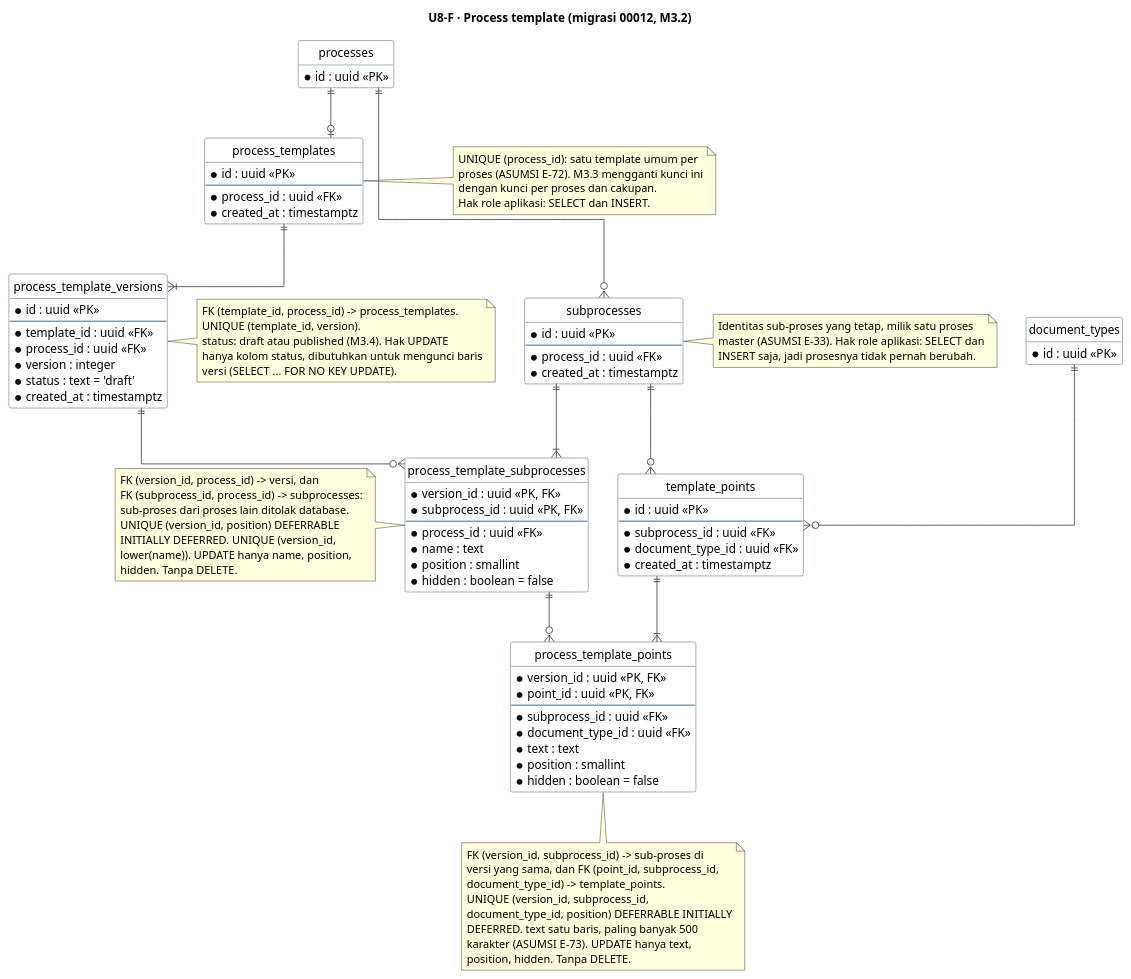
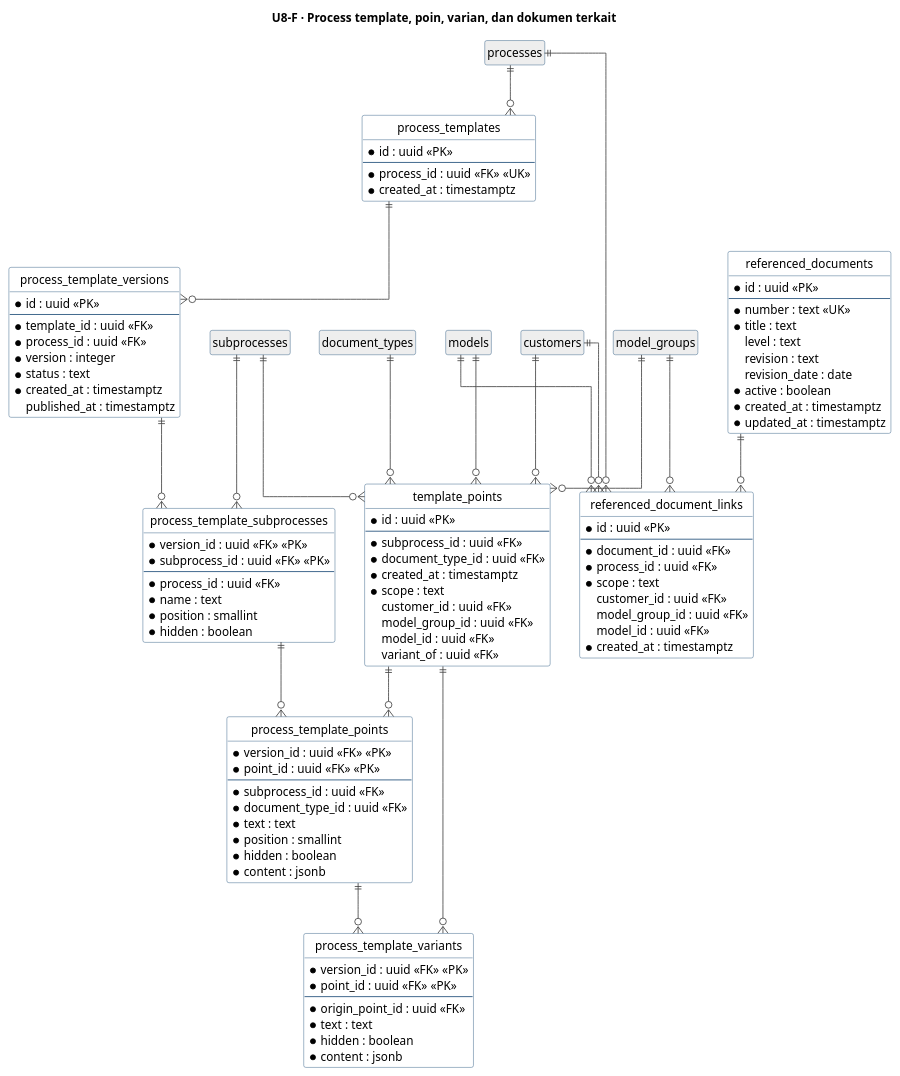
One commit to dkpauzi/revioten changed the sixth of 10 diagrams in docs/uml/U8-erd.puml. Above: the diagram before and after it, drawn with PlantUML. The commit also changed other lines of this file and 61 other files, not shown here.

First line of the commit message:
D-194 (layar), UML draft 0.16, dan temuan E-126 sampai E-128

```diff
--- a/docs/uml/U8-erd.puml
+++ b/docs/uml/U8-erd.puml
@@ -749,124 +548,126 @@
 @startuml U8-F-process-template
 hide circle
 hide empty members
 skinparam linetype ortho
 skinparam shadowing false
 skinparam ArrowColor #444444
 skinparam ClassBorderColor #1F4E79
 skinparam ClassBackgroundColor #FFFFFF
 
-title U8-F · Process template (migrasi 00012, M3.2)
+title U8-F · Process template, poin, varian, dan dokumen terkait
 
 entity "process_templates" as process_templates {
   * id : uuid <<PK>>
   --
-  * process_id : uuid <<FK>>
+  * process_id : uuid <<FK>> <<UK>>
   * created_at : timestamptz
 }
 
 entity "process_template_versions" as process_template_versions {
   * id : uuid <<PK>>
   --
   * template_id : uuid <<FK>>
   * process_id : uuid <<FK>>
   * version : integer
-  * status : text = 'draft'
+  * status : text
   * created_at : timestamptz
-}
-
-entity "subprocesses" as subprocesses {
-  * id : uuid <<PK>>
-  --
-  * process_id : uuid <<FK>>
-  * created_at : timestamptz
+  published_at : timestamptz
 }
 
 entity "process_template_subprocesses" as process_template_subprocesses {
-  * version_id : uuid <<PK, FK>>
-  * subprocess_id : uuid <<PK, FK>>
+  * version_id : uuid <<FK>> <<PK>>
+  * subprocess_id : uuid <<FK>> <<PK>>
   --
   * process_id : uuid <<FK>>
   * name : text
   * position : smallint
-  * hidden : boolean = false
+  * hidden : boolean
 }
 
 entity "template_points" as template_points {
   * id : uuid <<PK>>
   --
   * subprocess_id : uuid <<FK>>
   * document_type_id : uuid <<FK>>
   * created_at : timestamptz
+  * scope : text
+  customer_id : uuid <<FK>>
+  model_group_id : uuid <<FK>>
+  model_id : uuid <<FK>>
+  variant_of : uuid <<FK>>
 }
 
 entity "process_template_points" as process_template_points {
-  * version_id : uuid <<PK, FK>>
-  * point_id : uuid <<PK, FK>>
+  * version_id : uuid <<FK>> <<PK>>
+  * point_id : uuid <<FK>> <<PK>>
   --
   * subprocess_id : uuid <<FK>>
   * document_type_id : uuid <<FK>>
   * text : text
   * position : smallint
-  * hidden : boolean = false
+  * hidden : boolean
+  * content : jsonb
 }
 
-entity "processes" as processes_f {
-  * id : uuid <<PK>>
+entity "process_template_variants" as process_template_variants {
+  * version_id : uuid <<FK>> <<PK>>
+  * point_id : uuid <<FK>> <<PK>>
+  --
+  * origin_point_id : uuid <<FK>>
+  * text : text
+  * hidden : boolean
+  * content : jsonb
 }
 
-entity "document_types" as document_types_f {
+entity "referenced_documents" as referenced_documents {
   * id : uuid <<PK>>
+  --
+  * number : text <<UK>>
+  * title : text
+  level : text
+  revision : text
+  revision_date : date
+  * active : boolean
+  * created_at : timestamptz
+  * updated_at : timestamptz
 }
 
-processes_f ||--o| process_templates
-process_templates ||--|{ process_template_versions
-processes_f ||--o{ subprocesses
+entity "referenced_document_links" as referenced_document_links {
+  * id : uuid <<PK>>
+  --
+  * document_id : uuid <<FK>>
+  * process_id : uuid <<FK>>
+  * scope : text
+  customer_id : uuid <<FK>>
+  model_group_id : uuid <<FK>>
+  model_id : uuid <<FK>>
+  * created_at : timestamptz
+}
+
+entity "customers" as customers #EEEEEE
+entity "document_types" as document_types #EEEEEE
+entity "model_groups" as model_groups #EEEEEE
+entity "models" as models #EEEEEE
+entity "processes" as processes #EEEEEE
+entity "subprocesses" as subprocesses #EEEEEE
+
+process_template_subprocesses ||--o{ process_template_points
+template_points ||--o{ process_template_points
 process_template_versions ||--o{ process_template_subprocesses
-subprocesses ||--|{ process_template_subprocesses
+subprocesses ||--o{ process_template_subprocesses
+process_template_points ||--o{ process_template_variants
+template_points ||--o{ process_template_variants
+process_templates ||--o{ process_template_versions
+processes ||--o{ process_templates
+customers ||--o{ referenced_document_links
+model_groups ||--o{ referenced_document_links
+models ||--o{ referenced_document_links
+processes ||--o{ referenced_document_links
+referenced_documents ||--o{ referenced_document_links
+customers ||--o{ template_points
+document_types ||--o{ template_points
+model_groups ||--o{ template_points
+models ||--o{ template_points
 subprocesses ||--o{ template_points
-document_types_f ||--o{ template_points
-process_template_subprocesses ||--o{ process_template_points
-template_points ||--|{ process_template_points
 
-note right of process_templates
-  UNIQUE (process_id): satu template umum per
-  proses (ASUMSI E-72). M3.3 mengganti kunci ini
-  dengan kunci per proses dan cakupan.
-  Hak role aplikasi: SELECT dan INSERT.
-end note
-
-note right of process_template_versions
-  FK (template_id, process_id) -> process_templates.
-  UNIQUE (template_id, version).
-  status: draft atau published (M3.4). Hak UPDATE
-  hanya kolom status, dibutuhkan untuk mengunci baris
-  versi (SELECT ... FOR NO KEY UPDATE).
-end note
-
-note right of subprocesses
-  Identitas sub-proses yang tetap, milik satu proses
-  master (ASUMSI E-33). Hak role aplikasi: SELECT dan
-  INSERT saja, jadi prosesnya tidak pernah berubah.
-end note
-
-note left of process_template_subprocesses
-  FK (version_id, process_id) -> versi, dan
-  FK (subprocess_id, process_id) -> subprocesses:
-  sub-proses dari proses lain ditolak database.
-  UNIQUE (version_id, position) DEFERRABLE
-  INITIALLY DEFERRED. UNIQUE (version_id,
-  lower(name)). UPDATE hanya name, position,
-  hidden. Tanpa DELETE.
-end note
-
-note bottom of process_template_points
-  FK (version_id, subprocess_id) -> sub-proses di
-  versi yang sama, dan FK (point_id, subprocess_id,
-  document_type_id) -> template_points.
-  UNIQUE (version_id, subprocess_id,
-  document_type_id, position) DEFERRABLE INITIALLY
-  DEFERRED. text satu baris, paling banyak 500
-  karakter (ASUMSI E-73). UPDATE hanya text,
-  position, hidden. Tanpa DELETE.
-end note
 @enduml
```
